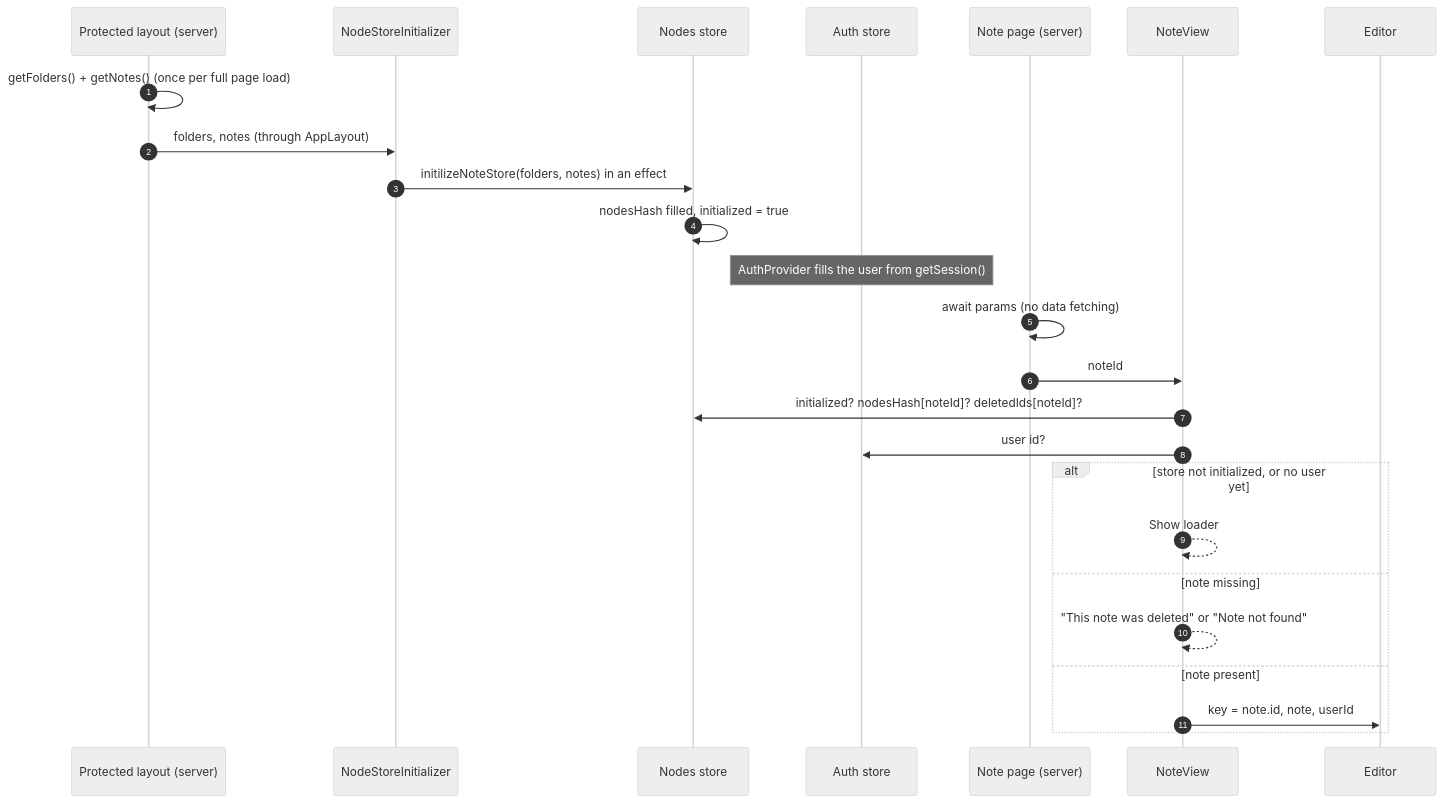
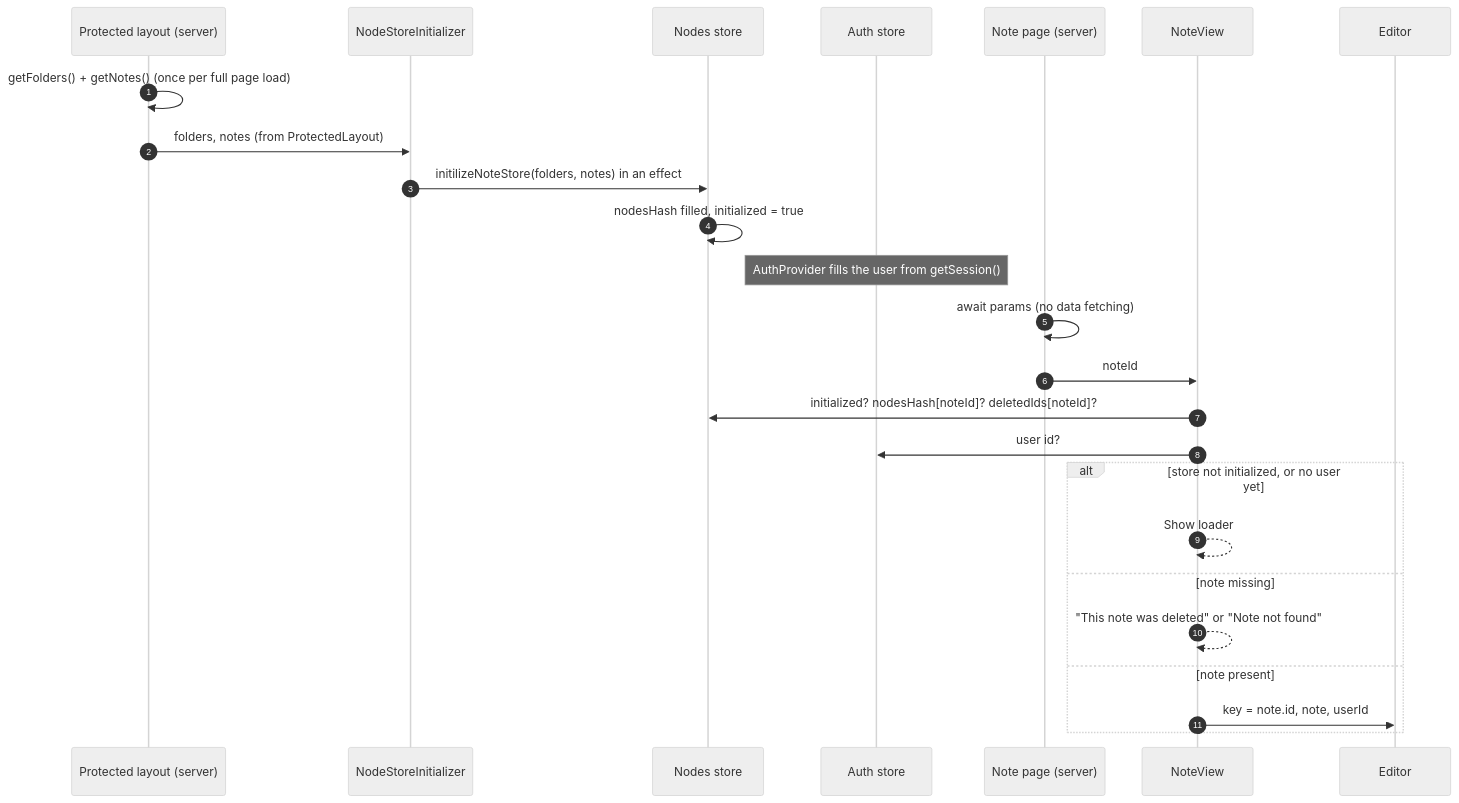
Before and after one commit to youseffswd/note-management: the first of 3 diagrams in docs/note-loading-and-navigation.md, drawn with Mermaid (neutral theme). The commit also changed other lines of this file and 23 other files, not shown here.

````diff
--- a/docs/note-loading-and-navigation.md
+++ b/docs/note-loading-and-navigation.md
@@ -71,28 +71,28 @@
 ```mermaid
 sequenceDiagram
     autonumber
     participant L as Protected layout (server)
     participant I as NodeStoreInitializer
     participant S as Nodes store
     participant A as Auth store
     participant P as Note page (server)
     participant V as NoteView
     participant E as Editor
 
     L->>L: getFolders() + getNotes() (once per full page load)
-    L->>I: folders, notes (through AppLayout)
+    L->>I: folders, notes (from ProtectedLayout)
     I->>S: initilizeNoteStore(folders, notes) in an effect
     S->>S: nodesHash filled, initialized = true
     Note over A: AuthProvider fills the user from getSession()
     P->>P: await params (no data fetching)
     P->>V: noteId
     V->>S: initialized? nodesHash[noteId]? deletedIds[noteId]?
     V->>A: user id?
     alt store not initialized, or no user yet
         V-->>V: Show loader
     else note missing
         V-->>V: "This note was deleted" or "Note not found"
     else note present
         V->>E: key = note.id, note, userId
     end
 ```
````
